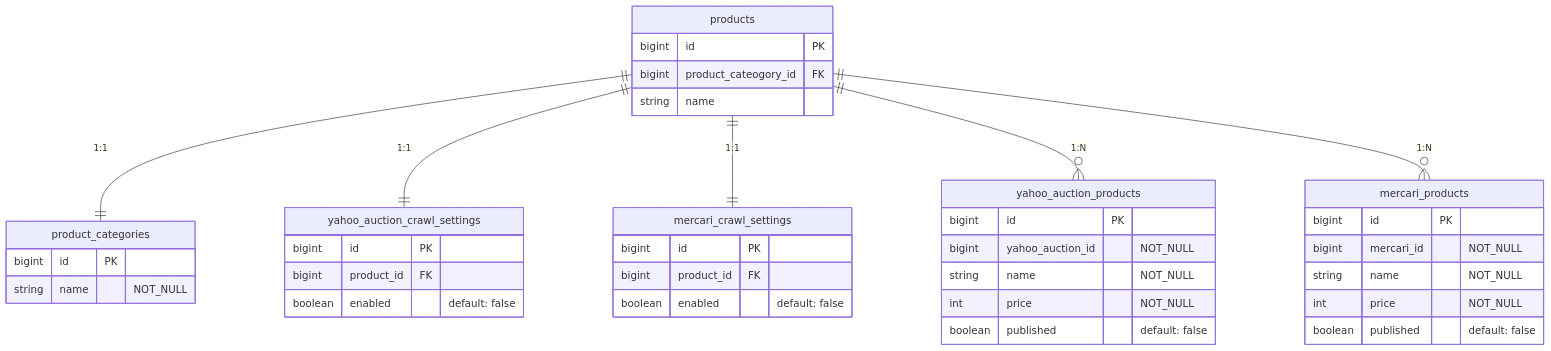
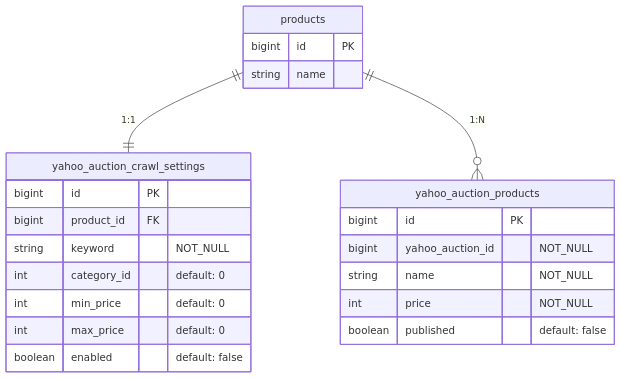
One commit to kuroweb/price-monitoring changed the second of 3 diagrams in README.md. Above: the diagram before and after it, drawn with Mermaid.

````diff
--- a/README.md
+++ b/README.md
@@ -74,42 +74,26 @@
 ```mermaid
 erDiagram
   products {
     bigint id PK
-    bigint product_cateogory_id FK
     string name
-  }
-  product_categories {
-    bigint id PK
-    string name "NOT_NULL"
   }
   yahoo_auction_crawl_settings {
     bigint id PK
     bigint product_id FK
-    boolean enabled "default: false"
-  }
-  mercari_crawl_settings {
-    bigint id PK
-    bigint product_id FK
+    string keyword "NOT_NULL"
+    int category_id "default: 0"
+    int min_price "default: 0"
+    int max_price "default: 0"
     boolean enabled "default: false"
   }
   yahoo_auction_products {
     bigint id PK
     bigint yahoo_auction_id "NOT_NULL"
     string name "NOT_NULL"
     int price "NOT_NULL"
     boolean published "default: false"
   }
-  mercari_products {
-    bigint id PK
-    bigint mercari_id "NOT_NULL"
-    string name "NOT_NULL"
-    int price "NOT_NULL"
-    boolean published "default: false"
-  }
 
-  products ||--|| product_categories : "1:1"
   products ||--|| yahoo_auction_crawl_settings : "1:1"
-  products ||--|| mercari_crawl_settings : "1:1"
   products ||--o{ yahoo_auction_products : "1:N"
-  products ||--o{ mercari_products : "1:N"
 ```
````
